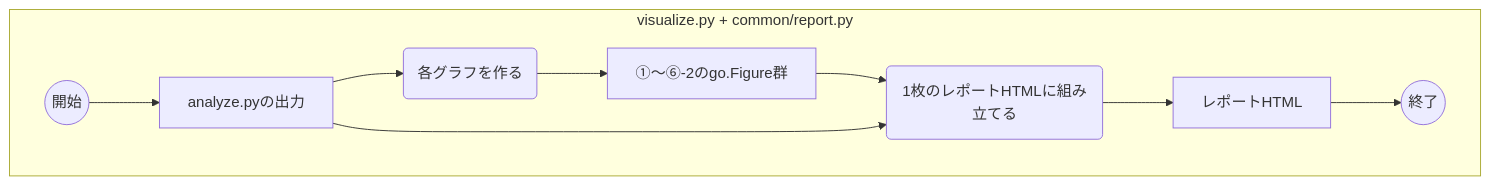
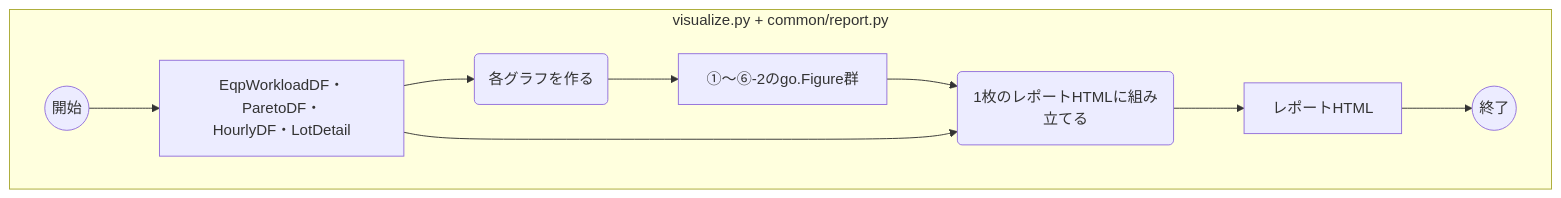
Before and after one commit to mukumuyi/AnalyseTool: the fifth of 7 diagrams in .steering/20260830-eqp-workload-analysis/design.md, drawn with Mermaid. The commit also changed other lines of this file and 2 other files, not shown here.

````diff
--- a/.steering/20260830-eqp-workload-analysis/design.md
+++ b/.steering/20260830-eqp-workload-analysis/design.md
@@ -156,12 +168,12 @@
 ```mermaid
 flowchart TD
     subgraph SW4["visualize.py + common/report.py"]
-        Start4((開始)) --> In4["analyze.pyの出力"]
+        Start4((開始)) --> In4["EqpWorkloadDF・ParetoDF・<br/>HourlyDF・LotDetail"]
         In4 --> Build4("各グラフを作る")
         Build4 --> Figs4["①〜⑥-2のgo.Figure群"]
         Figs4 --> Assemble4("1枚のレポートHTMLに組み立てる")
         In4 --> Assemble4
         Assemble4 --> Html4["レポートHTML"]
         Html4 --> End4((終了))
     end
 ```
````
